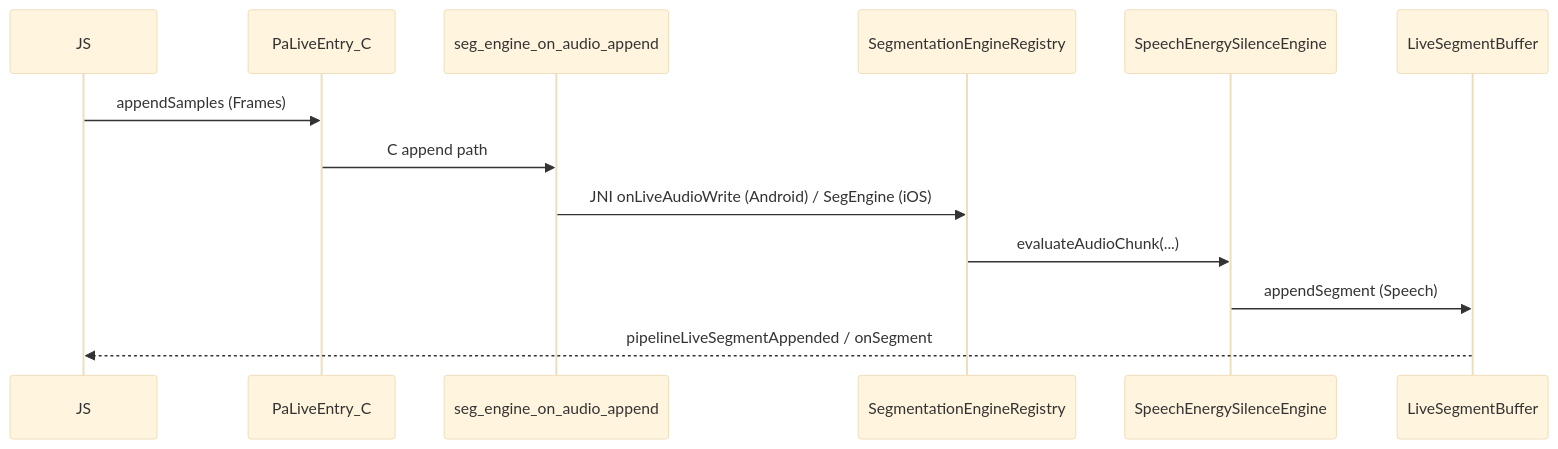
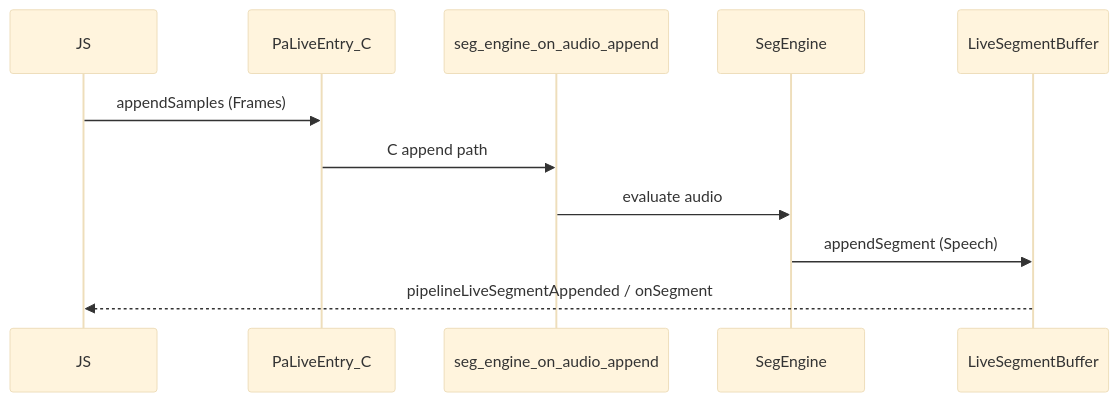
The second of 2 diagrams in docs/migration/segmentationEngine/segmentation-engine-core-snapshot.md (XDcobra/react-native-sherpa-onnx), drawn with Mermaid (base theme) before and after one commit. The commit also changed other lines of this file and 1 other file, not shown here.

Commit message:
docs: mark S2 done and document shared SegEngine path

````diff
--- a/docs/migration/segmentationEngine/segmentation-engine-core-snapshot.md
+++ b/docs/migration/segmentationEngine/segmentation-engine-core-snapshot.md
@@ -72,16 +68,14 @@
 ```mermaid
 sequenceDiagram
   participant JS
   participant Live as PaLiveEntry_C
   participant Hook as seg_engine_on_audio_append
-  participant Reg as SegmentationEngineRegistry
-  participant Eng as SpeechEnergySilenceEngine
+  participant Eng as SegEngine
   participant SegBuf as LiveSegmentBuffer
 
   JS->>Live: appendSamples (Frames)
   Live->>Hook: C append path
-  Hook->>Reg: JNI onLiveAudioWrite (Android) / SegEngine (iOS)
-  Reg->>Eng: evaluateAudioChunk(...)
+  Hook->>Eng: evaluate audio
   Eng->>SegBuf: appendSegment (Speech)
   SegBuf-->>JS: pipelineLiveSegmentAppended / onSegment
 ```
````
